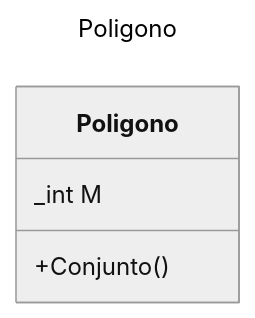
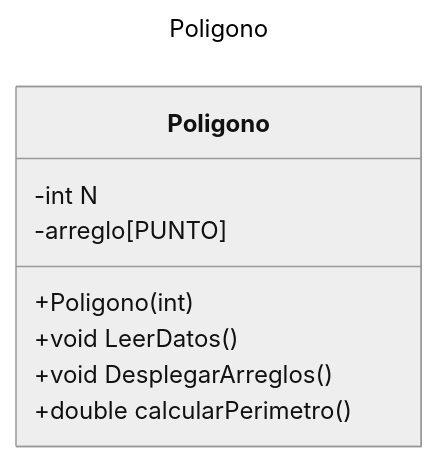
One commit to CLA-PRA/GHUB.java.EJ.TAD.LourdesArmenta changed diagram 11 of 11 in README.md. Above: the diagram before and after it, drawn with Mermaid (neutral theme). The commit also changed other lines of this file and 16 other files, not shown here.

````diff
--- a/README.md
+++ b/README.md
@@ -203,10 +232,14 @@
 ```mermaid
 ---
 title: Poligono
 ---
 classDiagram
       class Poligono
-      Poligono:  _int M
-      Poligono: +Conjunto()
+      Poligono: -int N 
+      Poligono: -arreglo[PUNTO]
+      Poligono: +Poligono(int)
+      Poligono: +void LeerDatos()
+      Poligono: +void DesplegarArreglos()
+      Poligono: +double calcularPerimetro()
       
 ```
````
